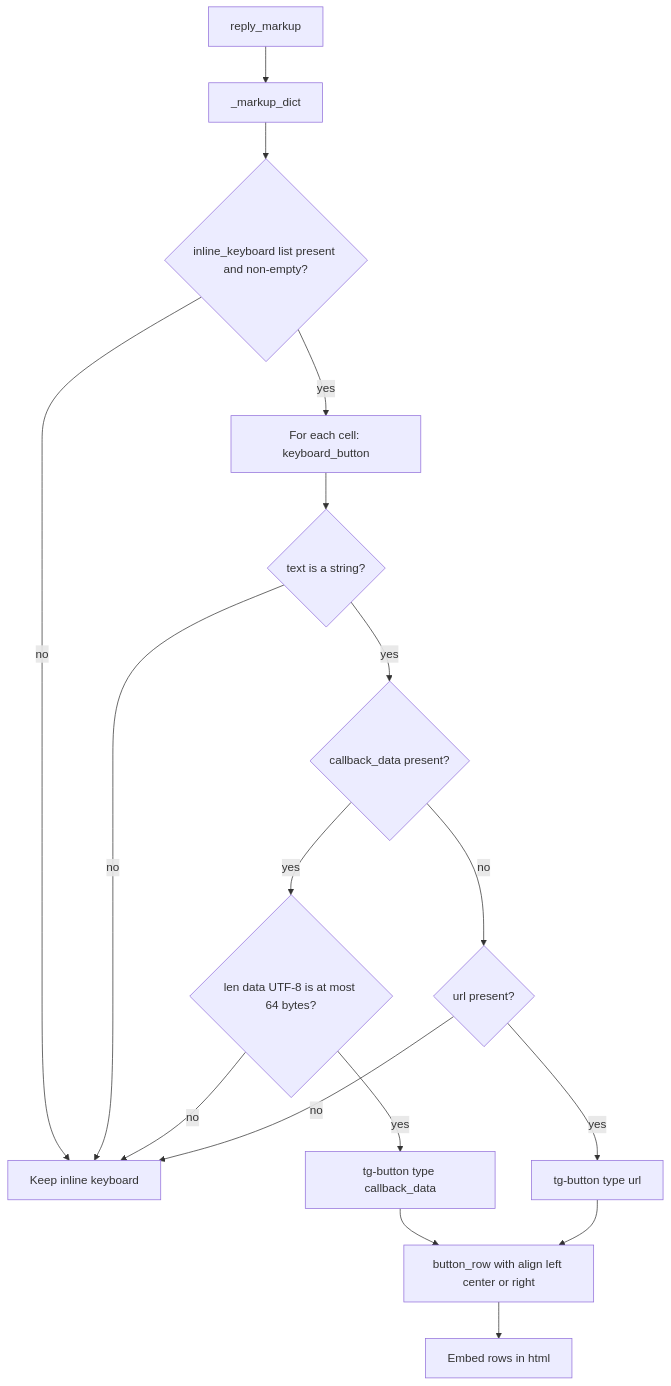
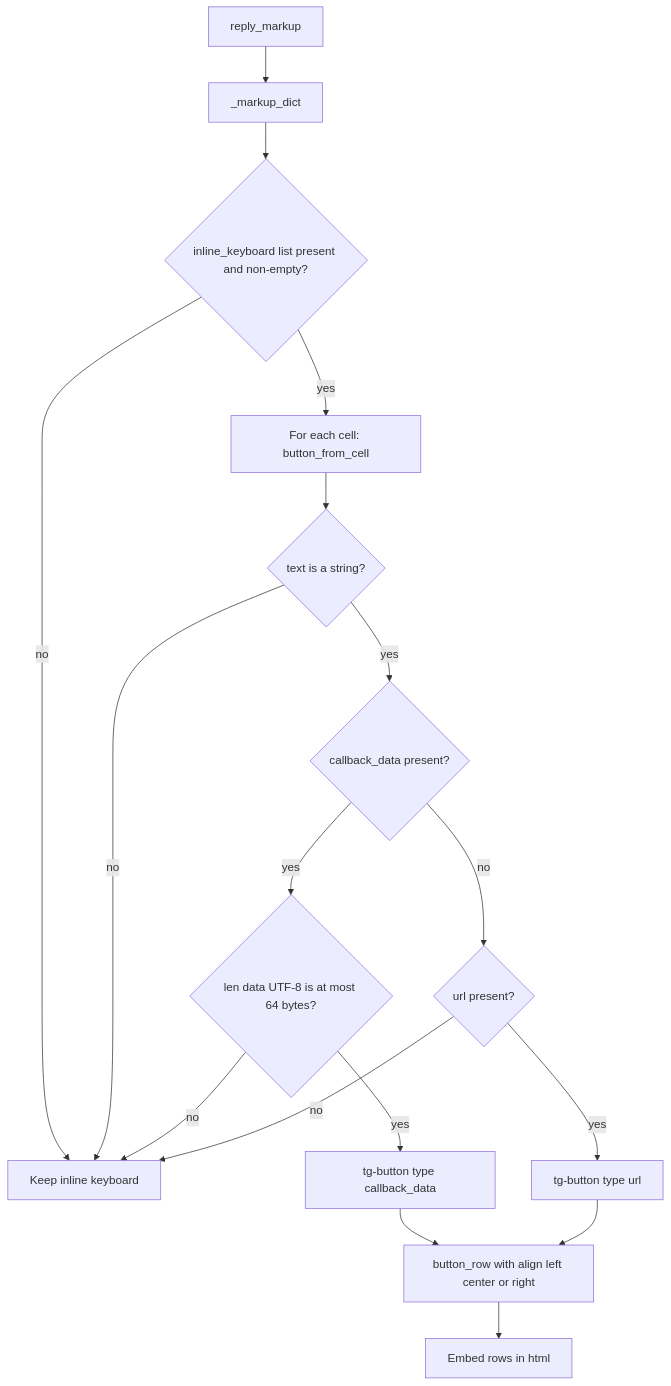
One commit to D1ZZY4/tcbot changed the third of 3 diagrams in docs/flows/transport.md. Above: the diagram before and after it, drawn with Mermaid. The commit also changed other lines of this file and 204 other files, not shown here.

````diff
--- a/docs/flows/transport.md
+++ b/docs/flows/transport.md
@@ -103,19 +96,19 @@
 ```mermaid
 flowchart TD
     MARKUP[reply_markup] --> DICT[_markup_dict]
     DICT --> CELLS{inline_keyboard list present and non-empty?}
     CELLS -->|no| INLINE[Keep inline keyboard]
-    CELLS -->|yes| EACH[For each cell: keyboard_button]
+    CELLS -->|yes| EACH[For each cell: button_from_cell]
     EACH --> TEXT{text is a string?}
     TEXT -->|no| INLINE
     TEXT -->|yes| DATA{callback_data present?}
     DATA -->|yes| SIZE{len data UTF-8 is at most 64 bytes?}
     SIZE -->|no| INLINE
     SIZE -->|yes| RICH[tg-button type callback_data]
     DATA -->|no| URL{url present?}
     URL -->|yes| RICHURL[tg-button type url]
     URL -->|no| INLINE
     RICH --> ROW[button_row with align left center or right]
     RICHURL --> ROW
     ROW --> HTML[Embed rows in html]
 ```
````
